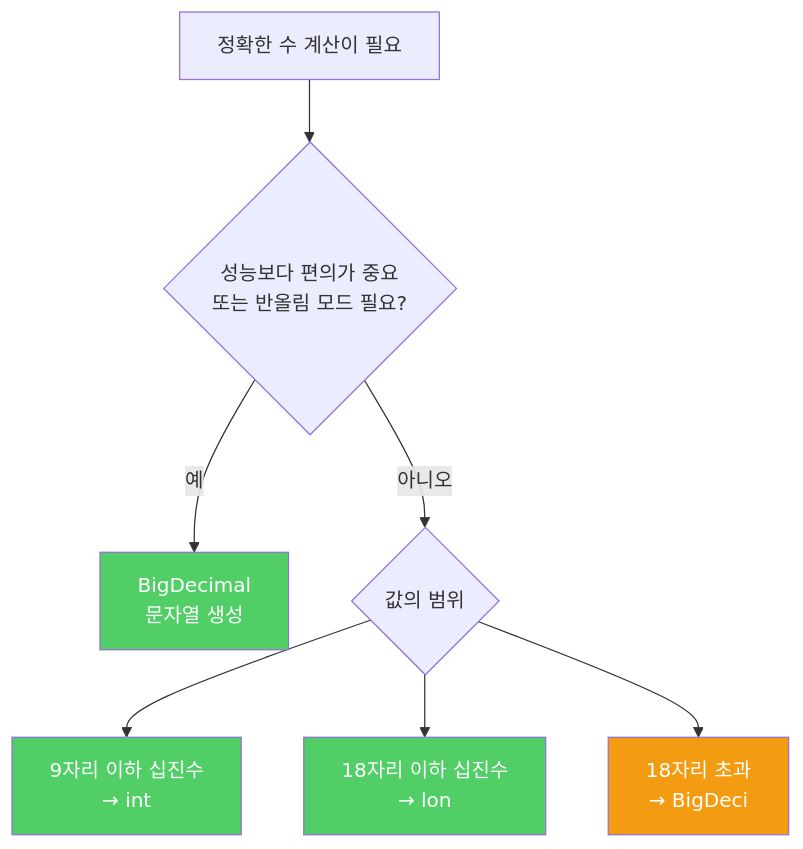
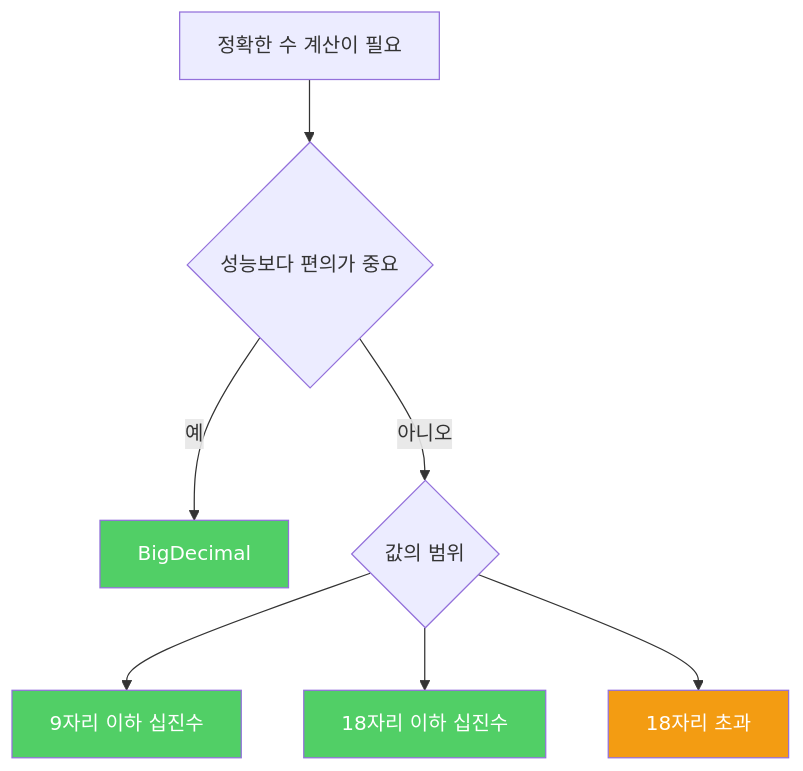
One commit to yjkim2015/yjkim2015.github.io changed the diagram in _posts/java/2022-02-12-effective-java60.md. Above: the diagram before and after it, drawn with Mermaid. The commit also changed 217 other files, not shown here.

First line of the commit message:
Mermaid 크기 수정: useMaxWidth:true + SVG max-width:100% + 라벨 축소

````diff
--- a/_posts/java/2022-02-12-effective-java60.md
+++ b/_posts/java/2022-02-12-effective-java60.md
@@ -95,13 +95,13 @@
 ```mermaid
 graph TD
-    A["정확한 수 계산이 필요"] --> B{"성능보다 편의가 중요\n또는 반올림 모드 필요?"}
-    B -- 예 --> C["BigDecimal\n문자열 생성"]
+    A["정확한 수 계산이 필요"] --> B{"성능보다 편의가 중요"}
+    B -- 예 --> C["BigDecimal"]
     B -- 아니오 --> D{"값의 범위"}
-    D --> E["9자리 이하 십진수\n→ int"]
-    D --> F["18자리 이하 십진수\n→ lon"]
-    D --> G["18자리 초과\n→ BigDeci"]
+    D --> E["9자리 이하 십진수"]
+    D --> F["18자리 이하 십진수"]
+    D --> G["18자리 초과"]
     style C fill:#51cf66,color:#fff
     style E fill:#51cf66,color:#fff
     style F fill:#51cf66,color:#fff
     style G fill:#f39c12,color:#fff
 ```
````
